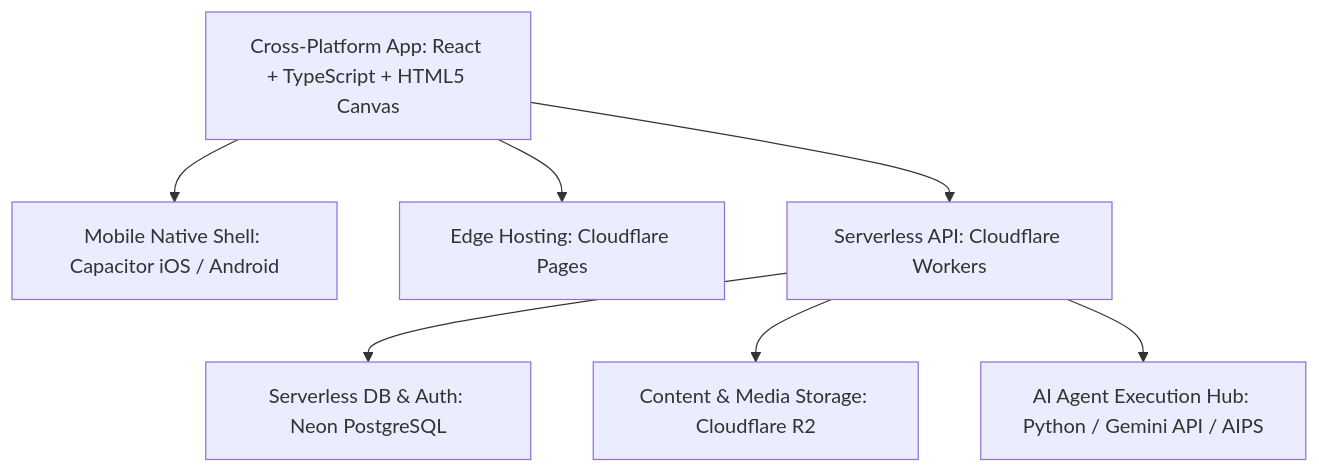
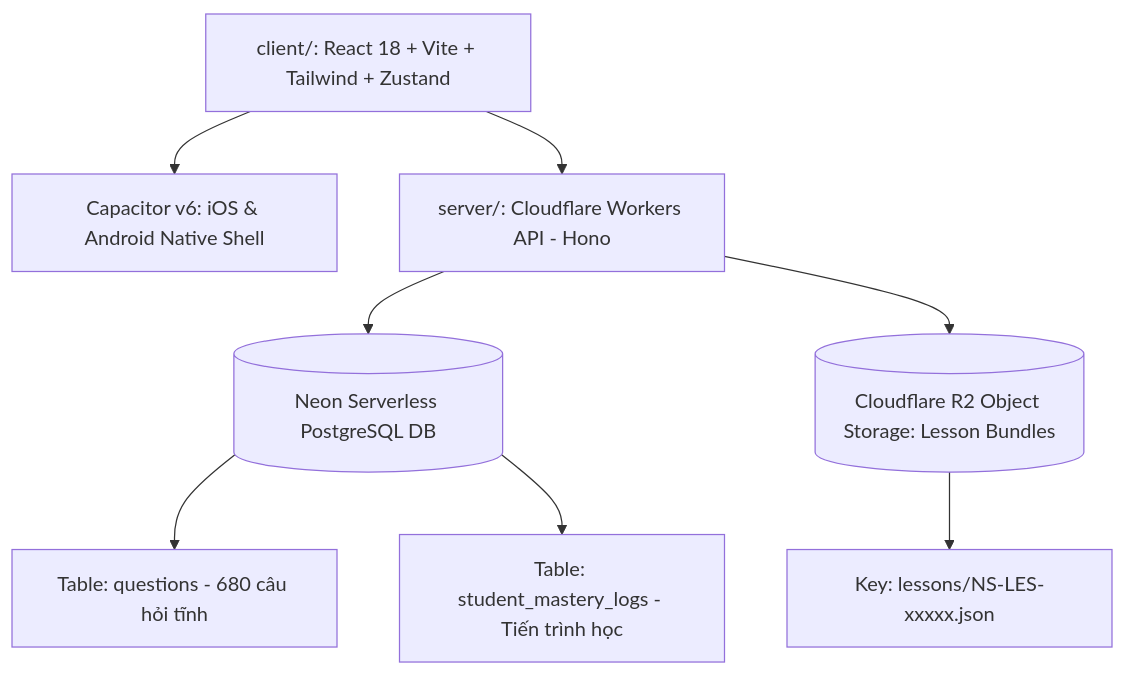
Before and after one commit to quocnt85/apptieuhoc: the diagram in docs/PRD_V2/04_TECHNICAL_ARCHITECTURE_AND_ADR.md, drawn with Mermaid. The commit also changed other lines of this file and 3 other files, not shown here.

Commit message:
docs: update PRD_V2 master files to v2.1.0 reflecting 10-stage NLAS, 125 skills and full-stack React/Capacitor/Cloudflare architecture

````diff
--- a/docs/PRD_V2/04_TECHNICAL_ARCHITECTURE_AND_ADR.md
+++ b/docs/PRD_V2/04_TECHNICAL_ARCHITECTURE_AND_ADR.md
@@ -14,9 +14,12 @@
 ```mermaid
 graph TD
-    A[Cross-Platform App: React + TypeScript + HTML5 Canvas] --> B[Mobile Native Shell: Capacitor iOS / Android]
-    A --> C[Edge Hosting: Cloudflare Pages]
-    A --> D[Serverless API: Cloudflare Workers]
-    D --> E[Serverless DB & Auth: Neon PostgreSQL]
-    D --> F[Content & Media Storage: Cloudflare R2]
-    D --> G[AI Agent Execution Hub: Python / Gemini API / AIPS]
+    Client[client/: React 18 + Vite + Tailwind + Zustand] --> Native[Capacitor v6: iOS & Android Native Shell]
+    Client --> EdgeAPI[server/: Cloudflare Workers API - Hono]
+    
+    EdgeAPI --> NeonDB[(Neon Serverless PostgreSQL DB)]
+    EdgeAPI --> R2[(Cloudflare R2 Object Storage: Lesson Bundles)]
+    
+    NeonDB --> Table1[Table: questions - 680 câu hỏi tĩnh]
+    NeonDB --> Table2[Table: student_mastery_logs - Tiến trình học]
+    R2 --> Bundle[Key: lessons/NS-LES-xxxxx.json]
 ```
````
